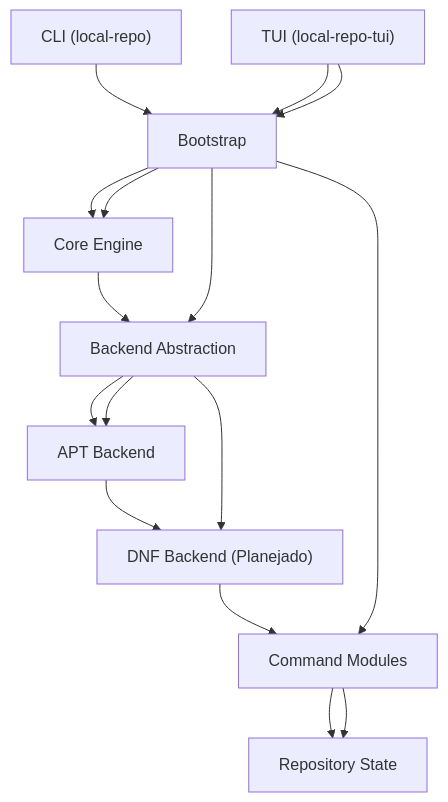
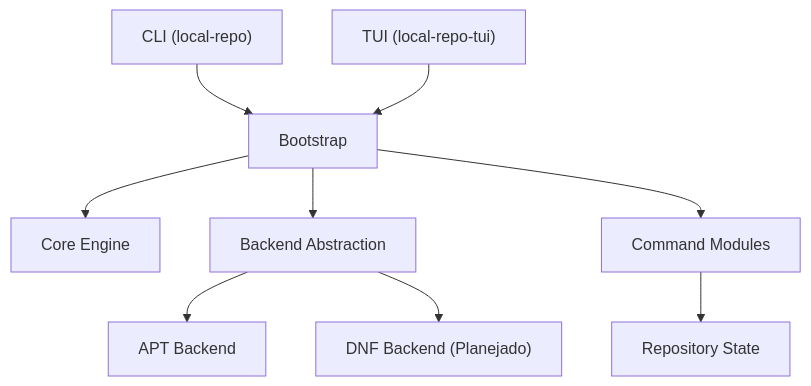
Before and after one commit to rulestux/local-repo: the first of 6 diagrams in README.md, drawn with Mermaid.

````diff
--- a/README.md
+++ b/README.md
@@ -955,32 +955,25 @@
 ```mermaid
 flowchart TD
 
 CLI["CLI (local-repo)"]
 TUI["TUI (local-repo-tui)"]
-
---> BOOT["Bootstrap"]
-
---> CORE["Core Engine"]
-
---> BACKEND["Backend Abstraction"]
-
---> APT["APT Backend"]
-
---> DNF["DNF Backend (Planejado)"]
-
---> COMMANDS["Command Modules"]
-
---> STATE["Repository State"]
+BOOT["Bootstrap"]
+CORE["Core Engine"]
+BACKEND["Backend Abstraction"]
+APT["APT Backend"]
+DNF["DNF Backend (Planejado)"]
+COMMANDS["Command Modules"]
+STATE["Repository State"]
 
 CLI --> BOOT
 TUI --> BOOT
 
 BOOT --> CORE
 BOOT --> BACKEND
 BOOT --> COMMANDS
 
 BACKEND --> APT
 BACKEND --> DNF
 
 COMMANDS --> STATE
 ```
````
